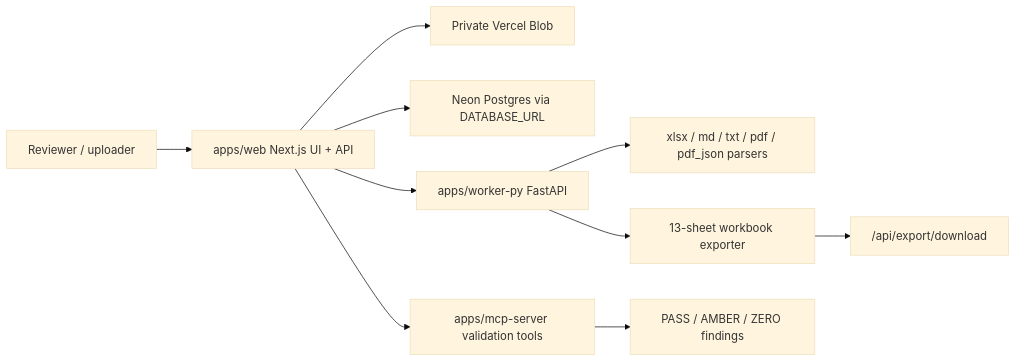
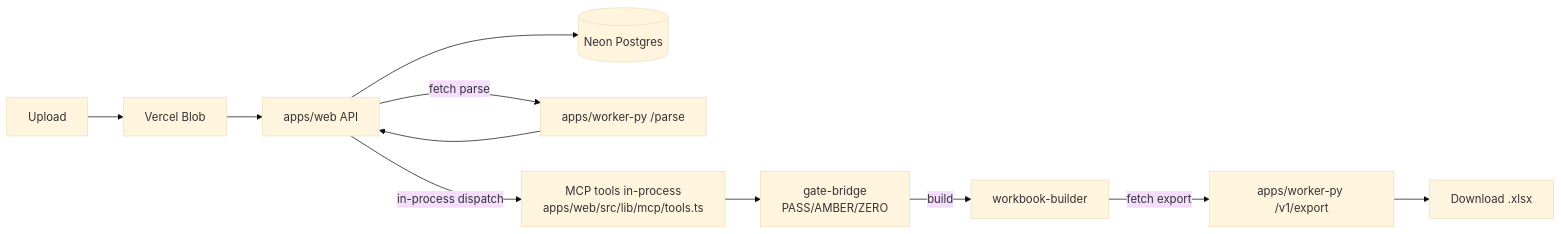
Before and after one commit to macho715/invoice_sct: the diagram in docs/SYSTEM_ARCHITECTURE.md, drawn with Mermaid (base theme). The commit also changed other lines of this file and 72 other files, not shown here.

````diff
--- a/docs/SYSTEM_ARCHITECTURE.md
+++ b/docs/SYSTEM_ARCHITECTURE.md
@@ -153,12 +19,13 @@
 ```mermaid
 flowchart LR
-  User["Reviewer / uploader"] --> Web["apps/web Next.js UI + API"]
-  Web --> Blob["Private Vercel Blob"]
-  Web --> DB["Neon Postgres via DATABASE_URL"]
-  Web --> Worker["apps/worker-py FastAPI"]
-  Worker --> Parser["xlsx / md / txt / pdf / pdf_json parsers"]
-  Worker --> Export["13-sheet workbook exporter"]
-  Web --> MCP["apps/mcp-server validation tools"]
-  MCP --> Verdict["PASS / AMBER / ZERO findings"]
-  Export --> Download["/api/export/download"]
+    U[Upload] --> B[Vercel Blob]
+    B --> W["apps/web API"]
+    W --> D[(Neon Postgres)]
+    W -->|fetch parse| PY["apps/worker-py /parse"]
+    PY --> W
+    W -->|in-process dispatch| MCP["MCP tools in-process<br/>apps/web/src/lib/mcp/tools.ts"]
+    MCP --> GB["gate-bridge<br/>PASS/AMBER/ZERO"]
+    GB -->|build| WB["workbook-builder"]
+    WB -->|fetch export| PY2["apps/worker-py /v1/export"]
+    PY2 --> DL["Download .xlsx"]
 ```
````
